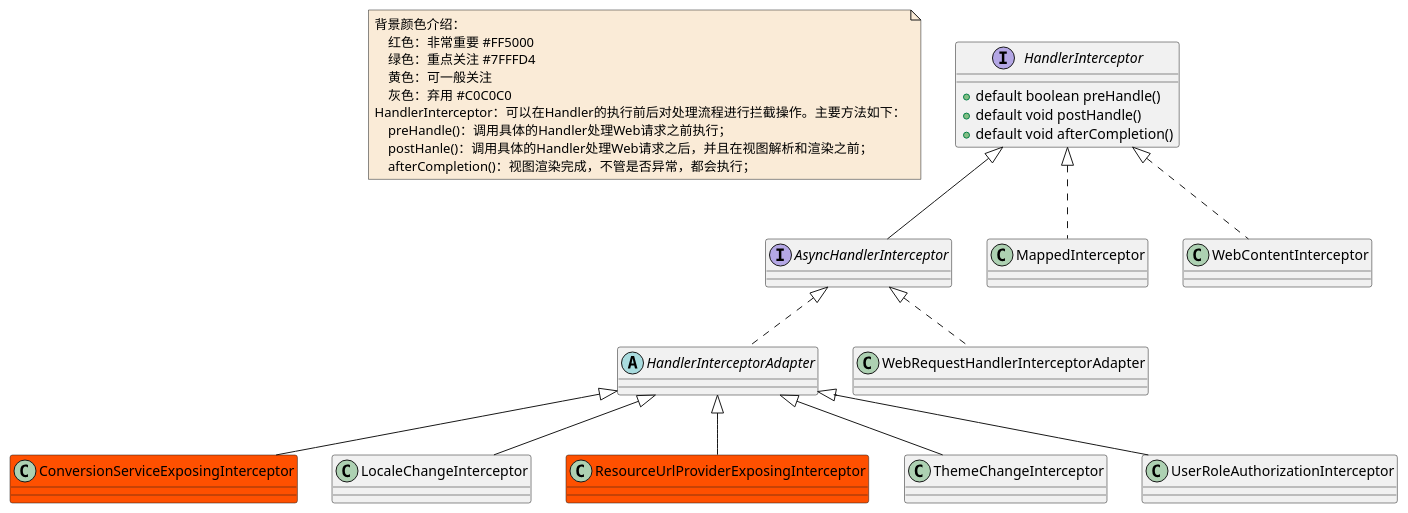
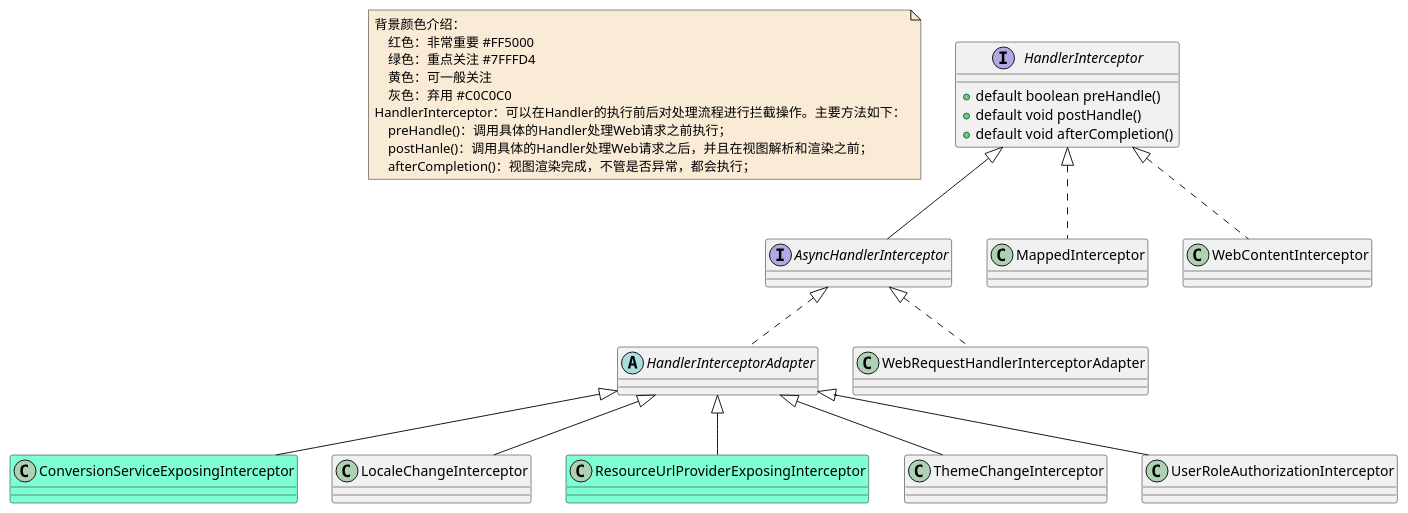
One commit to czwer/learn-spring-code changed the diagram in document/spring/mvc/class/MVC-HandlerInterceptor-class.puml. Above: the diagram before and after it, drawn with PlantUML. The commit also changed 33 other files, not shown here.

Commit message:
MVC相关时序图，类图修改

```diff
--- a/document/spring/mvc/class/MVC-HandlerInterceptor-class.puml
+++ b/document/spring/mvc/class/MVC-HandlerInterceptor-class.puml
@@ -1,51 +1,51 @@
 @startuml
 
 note  as N1 #FAEBD7
     背景颜色介绍：
         红色：非常重要 #FF5000
         绿色：重点关注 #7FFFD4
         黄色：可一般关注
         灰色：弃用 #C0C0C0
     HandlerInterceptor：可以在Handler的执行前后对处理流程进行拦截操作。主要方法如下：
         preHandle()：调用具体的Handler处理Web请求之前执行；
         postHanle()：调用具体的Handler处理Web请求之后，并且在视图解析和渲染之前；
         afterCompletion()：视图渲染完成，不管是否异常，都会执行；
 end note
 
 interface HandlerInterceptor
 HandlerInterceptor : +default boolean preHandle()
 HandlerInterceptor : +default void postHandle()
 HandlerInterceptor : +default void afterCompletion()
 
 interface AsyncHandlerInterceptor
-class ConversionServiceExposingInterceptor #FF5000
+class ConversionServiceExposingInterceptor #7FFFD4
 abstract class HandlerInterceptorAdapter
 class LocaleChangeInterceptor
 class MappedInterceptor
-class ResourceUrlProviderExposingInterceptor #FF5000
+class ResourceUrlProviderExposingInterceptor #7FFFD4
 class ThemeChangeInterceptor
 class UserRoleAuthorizationInterceptor
 class WebContentInterceptor
 class WebRequestHandlerInterceptorAdapter
 
 
 
 
 AsyncHandlerInterceptor <|.. HandlerInterceptorAdapter
 AsyncHandlerInterceptor <|.. WebRequestHandlerInterceptorAdapter
 
 
 HandlerInterceptor <|-- AsyncHandlerInterceptor
 HandlerInterceptor <|.. MappedInterceptor
 HandlerInterceptor <|.. WebContentInterceptor
 
 
 HandlerInterceptorAdapter <|-- ConversionServiceExposingInterceptor
 HandlerInterceptorAdapter <|-- LocaleChangeInterceptor
 HandlerInterceptorAdapter <|-- ResourceUrlProviderExposingInterceptor
 HandlerInterceptorAdapter <|-- ThemeChangeInterceptor
 HandlerInterceptorAdapter <|-- UserRoleAuthorizationInterceptor
 
 
 
 @enduml
```
